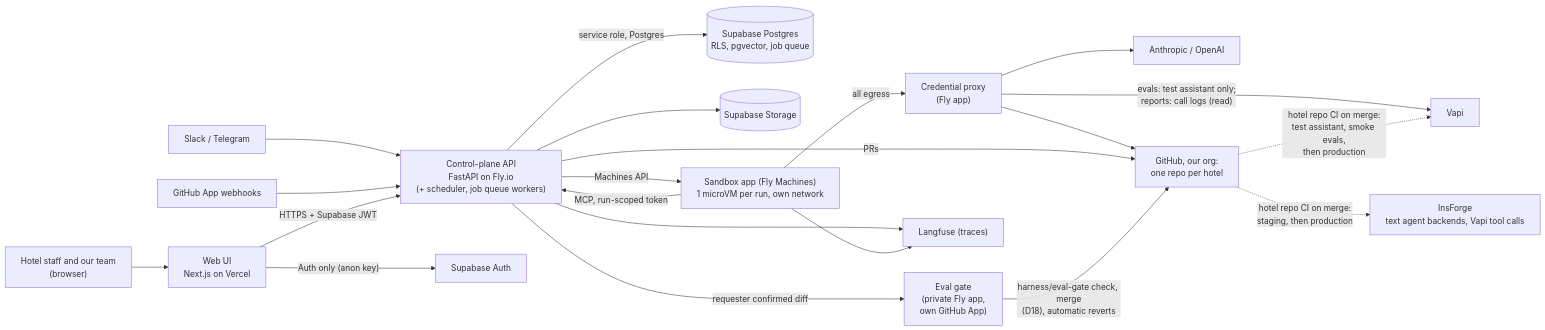
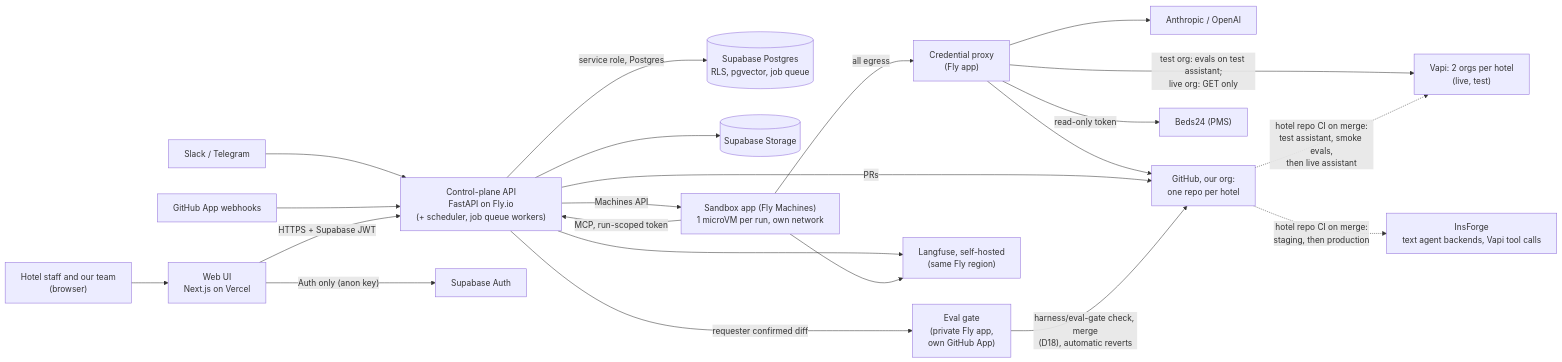
Before and after one commit to nikhilllmno/vorflux: the diagram in docs/infra-map.md, drawn with Mermaid. The commit also changed other lines of this file and 5 other files, not shown here.

Commit message:
docs: India region (D25), two Vapi orgs per hotel, Beds24 read token, self-hosted Langfuse, revert rules, main App checks read

````diff
--- a/docs/infra-map.md
+++ b/docs/infra-map.md
@@ -9,28 +9,29 @@
 ```mermaid
 ---
 config:
   flowchart:
     wrappingWidth: 1000
 ---
 flowchart LR
   U["Hotel staff and our team<br/>(browser)"] --> WEB["Web UI<br/>Next.js on Vercel"]
   SL["Slack / Telegram"] --> API
   GHW["GitHub App webhooks"] --> API
   WEB -->|"HTTPS + Supabase JWT"| API["Control-plane API<br/>FastAPI on Fly.io<br/>(+ scheduler, job queue workers)"]
   WEB -->|"Auth only (anon key)"| SBA["Supabase Auth"]
   API -->|"service role, Postgres"| DB[("Supabase Postgres<br/>RLS, pgvector, job queue")]
   API --> ST[("Supabase Storage")]
   API -->|"Machines API"| SBX["Sandbox app (Fly Machines)<br/>1 microVM per run, own network"]
   SBX -->|"MCP, run-scoped token"| API
   SBX -->|"all egress"| EG["Credential proxy<br/>(Fly app)"]
   EG --> LLM["Anthropic / OpenAI"]
   EG --> GH["GitHub, our org:<br/>one repo per hotel"]
-  EG -->|"evals: test assistant only;<br/>reports: call logs (read)"| VT["Vapi"]
+  EG -->|"test org: evals on test assistant;<br/>live org: GET only"| VT["Vapi: 2 orgs per hotel<br/>(live, test)"]
+  EG -->|"read-only token"| B24["Beds24 (PMS)"]
   API -->|"PRs"| GH
   API -->|"requester confirmed diff"| CG["Eval gate<br/>(private Fly app,<br/>own GitHub App)"]
   CG -->|"harness/eval-gate check, merge<br/>(D18), automatic reverts"| GH
-  API --> LF["Langfuse (traces)"]
+  API --> LF["Langfuse, self-hosted<br/>(same Fly region)"]
   SBX --> LF
-  GH -.->|"hotel repo CI on merge:<br/>test assistant, smoke evals,<br/>then production"| VT
+  GH -.->|"hotel repo CI on merge:<br/>test assistant, smoke evals,<br/>then live assistant"| VT
   GH -.->|"hotel repo CI on merge:<br/>staging, then production"| INS["InsForge<br/>text agent backends, Vapi tool calls"]
 ```
````
